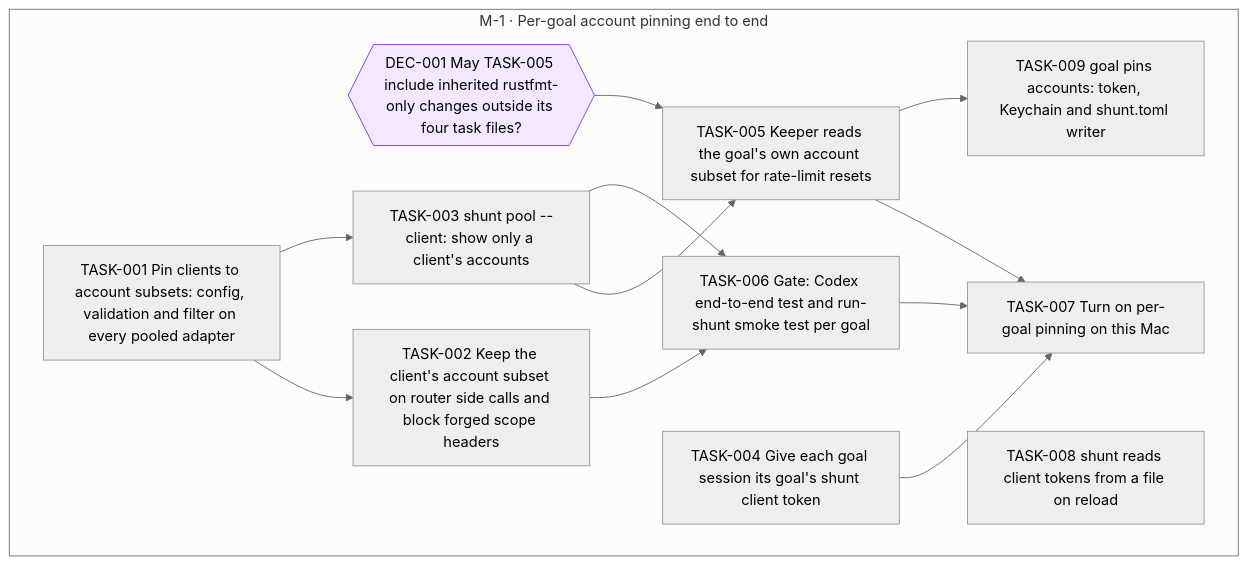
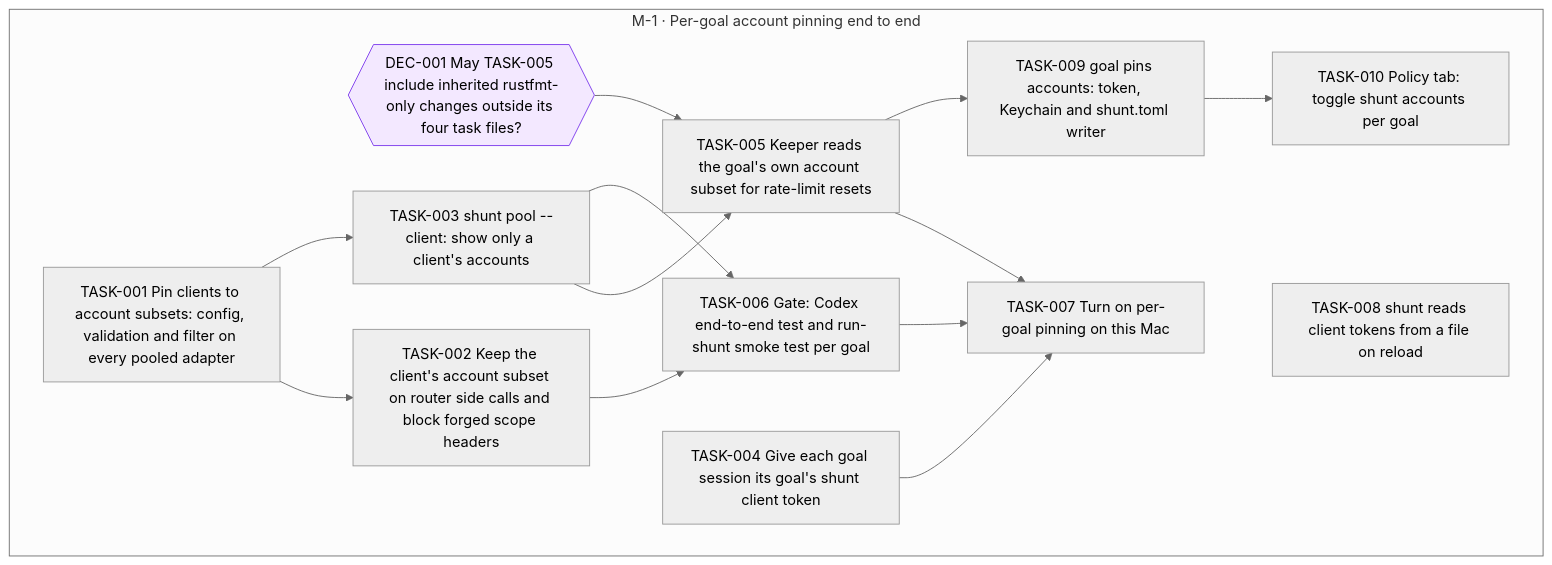
One commit to jesusvillota/shunt changed the diagram in goals/account-pinning/README.md. Above: the diagram before and after it, drawn with Mermaid (neutral theme). The commit also changed 1 other file, not shown here.

Commit message:
goal(account-pinning): add TASK-010 Policy tab: toggle shunt accounts per goal

````diff
--- a/goals/account-pinning/README.md
+++ b/goals/account-pinning/README.md
@@ -37,29 +37,31 @@
 ```mermaid
 flowchart TD
   subgraph M_1["M-1 · Per-goal account pinning end to end"]
     DEC_001{{"DEC-001 May TASK-005 include inherited rustfmt-only changes outside its four task files?"}}
     TASK_001["TASK-001 Pin clients to account subsets: config, validation and filter on every pooled adapter"]
     TASK_002["TASK-002 Keep the client's account subset on router side calls and block forged scope headers"]
     TASK_003["TASK-003 shunt pool --client: show only a client's accounts"]
     TASK_004["TASK-004 Give each goal session its goal's shunt client token"]
     TASK_005["TASK-005 Keeper reads the goal's own account subset for rate-limit resets"]
     TASK_006["TASK-006 Gate: Codex end-to-end test and run-shunt smoke test per goal"]
     TASK_007["TASK-007 Turn on per-goal pinning on this Mac"]
     TASK_008["TASK-008 shunt reads client tokens from a file on reload"]
     TASK_009["TASK-009 goal pins accounts: token, Keychain and shunt.toml writer"]
+    TASK_010["TASK-010 Policy tab: toggle shunt accounts per goal"]
   end
   TASK_001 --> TASK_002
   TASK_001 --> TASK_003
   TASK_003 --> TASK_005
   DEC_001 --> TASK_005
   TASK_002 --> TASK_006
   TASK_003 --> TASK_006
   TASK_004 --> TASK_007
   TASK_005 --> TASK_007
   TASK_006 --> TASK_007
   TASK_005 --> TASK_009
+  TASK_009 --> TASK_010
   classDef draft stroke-dasharray: 4 3
   classDef cancelled opacity:0.45
   classDef decision fill:#f3e8ff,stroke:#7c3aed
   class DEC_001 decision
 ```
````
